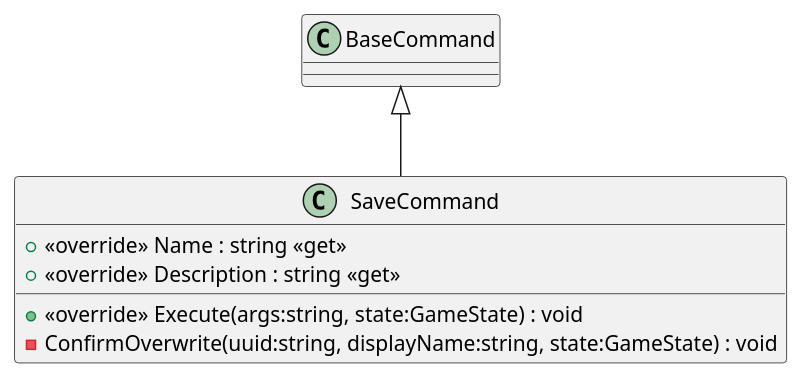
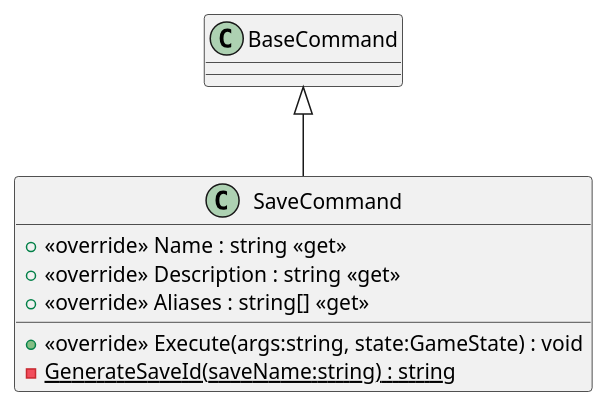
Before and after one commit to Beans69584/rpg: the diagram in RPG/puml_export/src/Commands/Built-in/SaveCommand.puml, drawn with PlantUML. The commit also changed 107 other files, not shown here.

```diff
--- a/RPG/puml_export/src/Commands/Built-in/SaveCommand.puml
+++ b/RPG/puml_export/src/Commands/Built-in/SaveCommand.puml
@@ -1,9 +1,10 @@
 @startuml
 class SaveCommand {
     + <<override>> Name : string <<get>>
     + <<override>> Description : string <<get>>
+    + <<override>> Aliases : string[] <<get>>
     + <<override>> Execute(args:string, state:GameState) : void
-    - ConfirmOverwrite(uuid:string, displayName:string, state:GameState) : void
+    - {static} GenerateSaveId(saveName:string) : string
 }
 BaseCommand <|-- SaveCommand
 @enduml
```
